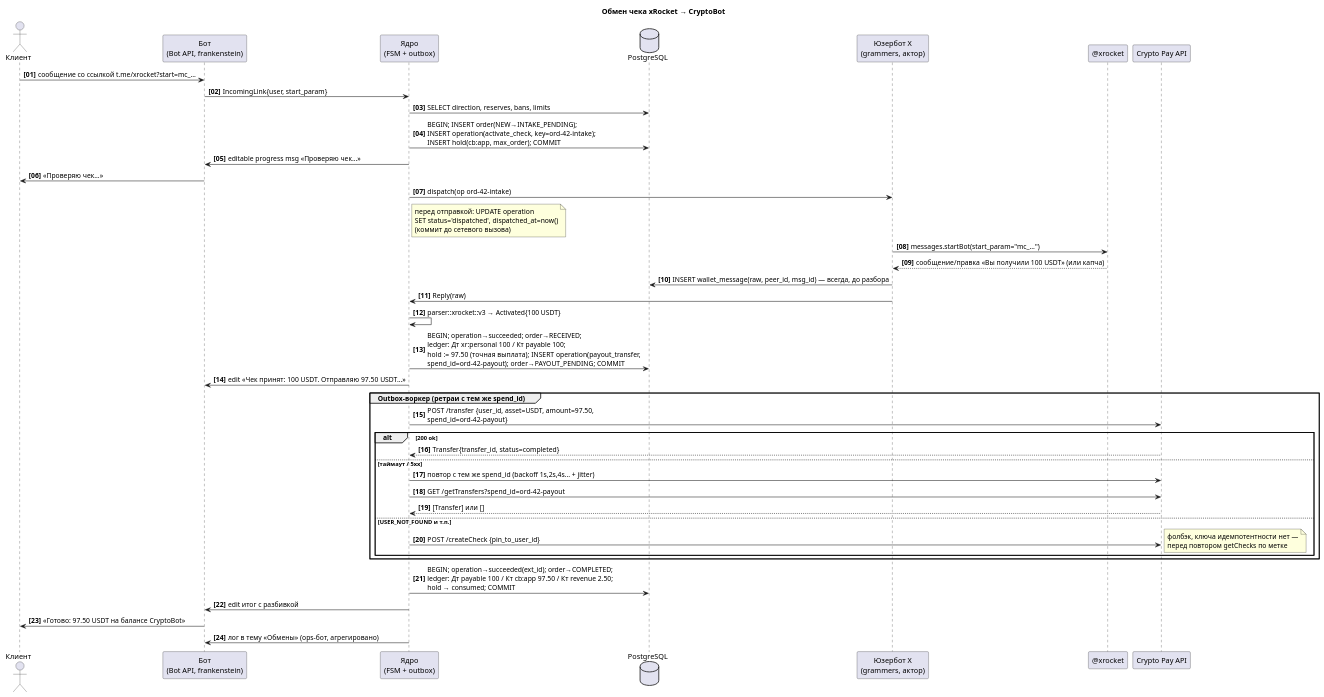
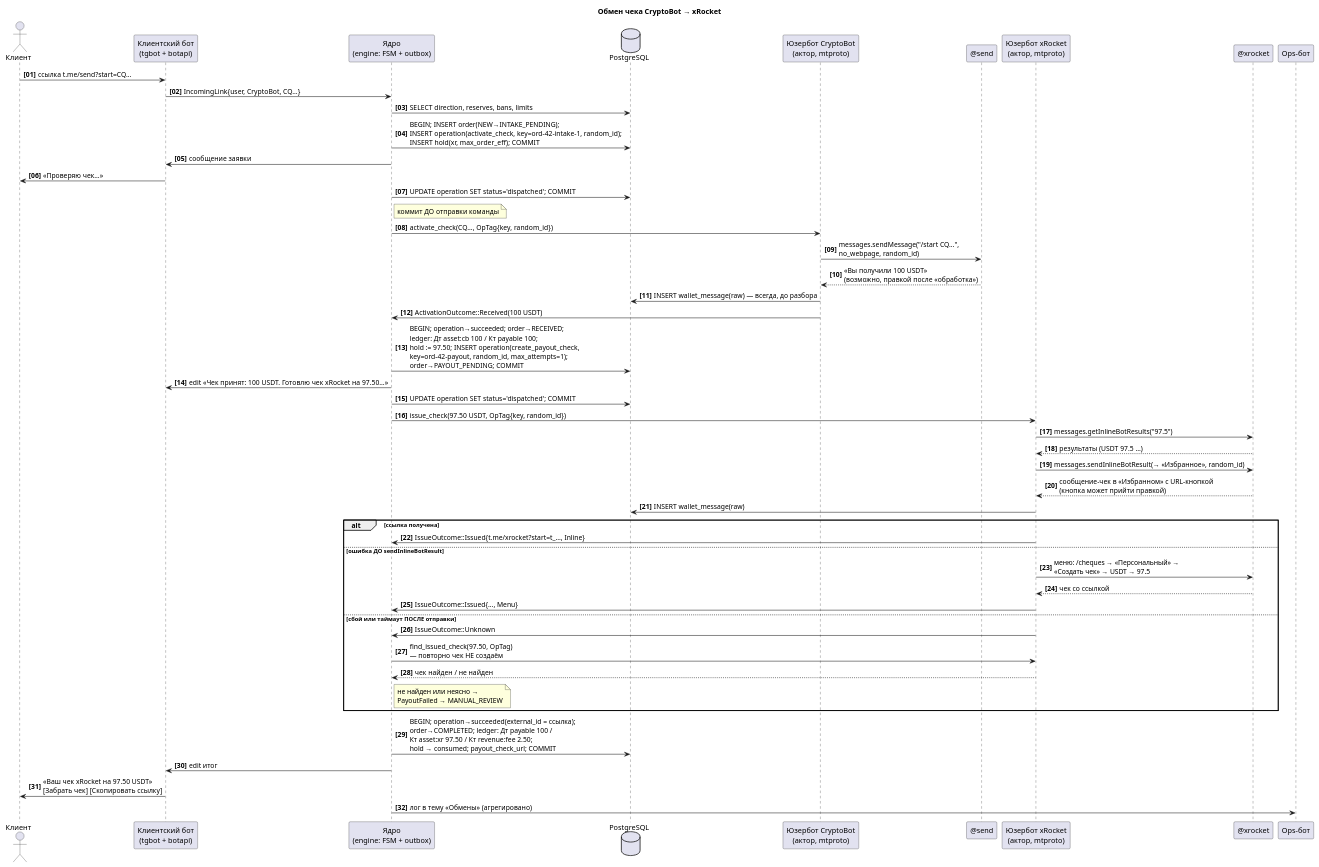
Before and after one commit to Nacebara/webquest: the diagram in exchanger/diagrams/06-sequence-check-exchange.puml, drawn with PlantUML. The commit also changed 21 other files, not shown here.

First line of the commit message:
docs: diagrams v0.2 — userbot payouts and 31-transition state machine

```diff
--- a/exchanger/diagrams/06-sequence-check-exchange.puml
+++ b/exchanger/diagrams/06-sequence-check-exchange.puml
@@ -1,49 +1,58 @@
 @startuml sequence-check-exchange
-' Последовательность: обмен чека xRocket -> CryptoBot
+' Последовательность: обмен чека CryptoBot -> xRocket (основной поток, DESIGN-v0.2).
+' Приём и выплата — юзерботы; выплата — create_payout_check (одна попытка, random_id).
 skinparam shadowing false
 autonumber "<b>[00]"
-title Обмен чека xRocket → CryptoBot
+title Обмен чека CryptoBot → xRocket
 
 actor "Клиент" as C
-participant "Бот\n(Bot API, frankenstein)" as BOT
-participant "Ядро\n(FSM + outbox)" as CORE
+participant "Клиентский бот\n(tgbot + botapi)" as BOT
+participant "Ядро\n(engine: FSM + outbox)" as CORE
 database "PostgreSQL" as DB
-participant "Юзербот X\n(grammers, актор)" as UBX
+participant "Юзербот CryptoBot\n(актор, mtproto)" as UBC
+participant "@send" as SEND
+participant "Юзербот xRocket\n(актор, mtproto)" as UBX
 participant "@xrocket" as XRB
-participant "Crypto Pay API" as CPAY
+participant "Ops-бот" as OPS
 
-C -> BOT : сообщение со ссылкой t.me/xrocket?start=mc_…
-BOT -> CORE : IncomingLink{user, start_param}
+C -> BOT : ссылка t.me/send?start=CQ…
+BOT -> CORE : IncomingLink{user, CryptoBot, CQ…}
 CORE -> DB : SELECT direction, reserves, bans, limits
-CORE -> DB : BEGIN; INSERT order(NEW→INTAKE_PENDING);\nINSERT operation(activate_check, key=ord-42-intake);\nINSERT hold(cb:app, max_order); COMMIT
-CORE -> BOT : editable progress msg «Проверяю чек…»
+CORE -> DB : BEGIN; INSERT order(NEW→INTAKE_PENDING);\nINSERT operation(activate_check, key=ord-42-intake-1, random_id);\nINSERT hold(xr, max_order_eff); COMMIT
+CORE -> BOT : сообщение заявки
 BOT -> C : «Проверяю чек…»
 
-CORE -> UBX : dispatch(op ord-42-intake)
-note right of CORE : перед отправкой: UPDATE operation\nSET status='dispatched', dispatched_at=now()\n(коммит до сетевого вызова)
-UBX -> XRB : messages.startBot(start_param="mc_…")
-XRB --> UBX : сообщение/правка «Вы получили 100 USDT» (или капча)
-UBX -> DB : INSERT wallet_message(raw, peer_id, msg_id) — всегда, до разбора
-UBX -> CORE : Reply(raw)
-CORE -> CORE : parser::xrocket::v3 → Activated{100 USDT}
-CORE -> DB : BEGIN; operation→succeeded; order→RECEIVED;\nledger: Дт xr:personal 100 / Кт payable 100;\nhold := 97.50 (точная выплата); INSERT operation(payout_transfer,\nspend_id=ord-42-payout); order→PAYOUT_PENDING; COMMIT
-CORE -> BOT : edit «Чек принят: 100 USDT. Отправляю 97.50 USDT…»
+CORE -> DB : UPDATE operation SET status='dispatched'; COMMIT
+note right of CORE : коммит ДО отправки команды
+CORE -> UBC : activate_check(CQ…, OpTag{key, random_id})
+UBC -> SEND : messages.sendMessage("/start CQ…",\nno_webpage, random_id)
+SEND --> UBC : «Вы получили 100 USDT»\n(возможно, правкой после «обработка»)
+UBC -> DB : INSERT wallet_message(raw) — всегда, до разбора
+UBC -> CORE : ActivationOutcome::Received(100 USDT)
+CORE -> DB : BEGIN; operation→succeeded; order→RECEIVED;\nledger: Дт asset:cb 100 / Кт payable 100;\nhold := 97.50; INSERT operation(create_payout_check,\nkey=ord-42-payout, random_id, max_attempts=1);\norder→PAYOUT_PENDING; COMMIT
+CORE -> BOT : edit «Чек принят: 100 USDT. Готовлю чек xRocket на 97.50…»
 
-group Outbox-воркер (ретраи с тем же spend_id)
-  CORE -> CPAY : POST /transfer {user_id, asset=USDT, amount=97.50,\nspend_id=ord-42-payout}
-  alt 200 ok
-    CPAY --> CORE : Transfer{transfer_id, status=completed}
-  else таймаут / 5xx
-    CORE -> CPAY : повтор с тем же spend_id (backoff 1s,2s,4s… + jitter)
-    CORE -> CPAY : GET /getTransfers?spend_id=ord-42-payout
-    CPAY --> CORE : [Transfer] или []
-  else USER_NOT_FOUND и т.п.
-    CORE -> CPAY : POST /createCheck {pin_to_user_id}
-    note right : фолбэк, ключа идемпотентности нет —\nперед повтором getChecks по метке
-  end
+CORE -> DB : UPDATE operation SET status='dispatched'; COMMIT
+CORE -> UBX : issue_check(97.50 USDT, OpTag{key, random_id})
+UBX -> XRB : messages.getInlineBotResults("97.5")
+XRB --> UBX : результаты (USDT 97.5 …)
+UBX -> XRB : messages.sendInlineBotResult(→ «Избранное», random_id)
+XRB --> UBX : сообщение-чек в «Избранном» с URL-кнопкой\n(кнопка может прийти правкой)
+UBX -> DB : INSERT wallet_message(raw)
+alt ссылка получена
+  UBX -> CORE : IssueOutcome::Issued{t.me/xrocket?start=t_…, Inline}
+else ошибка ДО sendInlineBotResult
+  UBX -> XRB : меню: /cheques → «Персональный» →\n«Создать чек» → USDT → 97.5
+  XRB --> UBX : чек со ссылкой
+  UBX -> CORE : IssueOutcome::Issued{…, Menu}
+else сбой или таймаут ПОСЛЕ отправки
+  UBX -> CORE : IssueOutcome::Unknown
+  CORE -> UBX : find_issued_check(97.50, OpTag)\n— повторно чек НЕ создаём
+  UBX --> CORE : чек найден / не найден
+  note right of CORE : не найден или неясно →\nPayoutFailed → MANUAL_REVIEW
 end
-CORE -> DB : BEGIN; operation→succeeded(ext_id); order→COMPLETED;\nledger: Дт payable 100 / Кт cb:app 97.50 / Кт revenue 2.50;\nhold → consumed; COMMIT
-CORE -> BOT : edit итог с разбивкой
-BOT -> C : «Готово: 97.50 USDT на балансе CryptoBot»
-CORE -> BOT : лог в тему «Обмены» (ops-бот, агрегировано)
+CORE -> DB : BEGIN; operation→succeeded(external_id = ссылка);\norder→COMPLETED; ledger: Дт payable 100 /\nКт asset:xr 97.50 / Кт revenue:fee 2.50;\nhold → consumed; payout_check_url; COMMIT
+CORE -> BOT : edit итог
+BOT -> C : «Ваш чек xRocket на 97.50 USDT»\n[Забрать чек] [Скопировать ссылку]
+CORE -> OPS : лог в тему «Обмены» (агрегировано)
 @enduml
```
